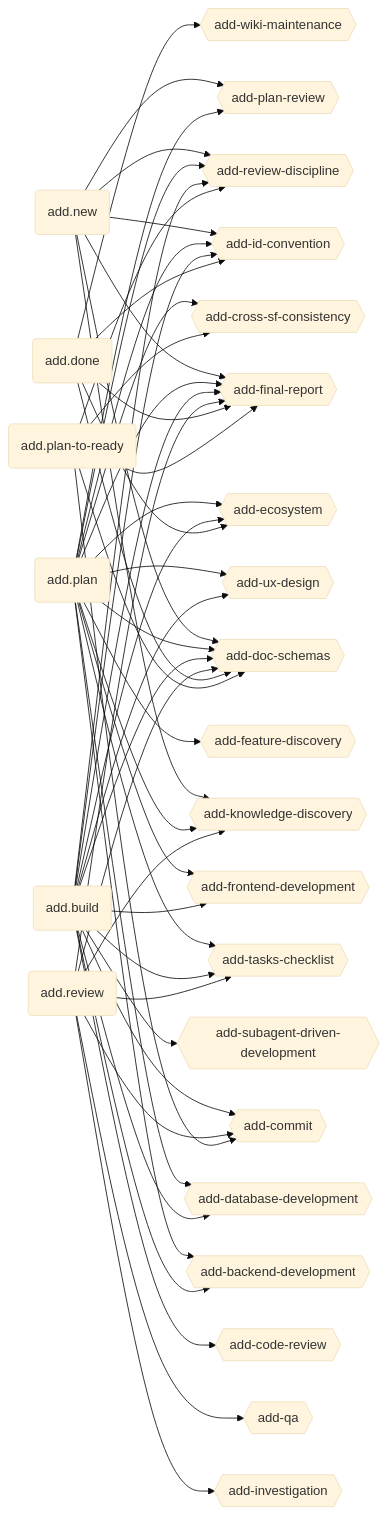
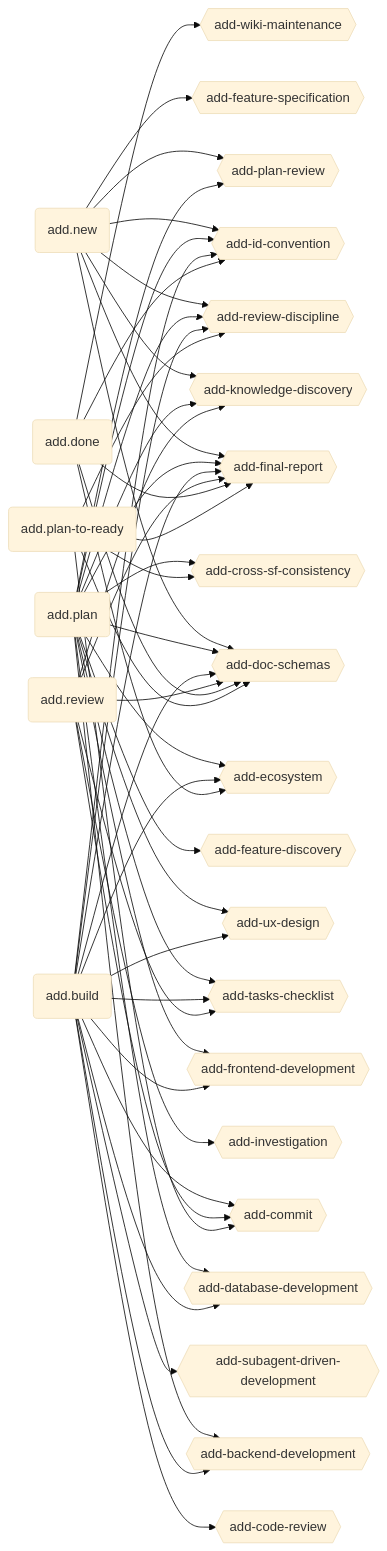
One commit to brabos-ai/code-addiction changed the first of 3 diagrams in ecosystem.md. Above: the diagram before and after it, drawn with Mermaid (base theme). The commit also changed other lines of this file and 5 other files, not shown here.

````diff
--- a/ecosystem.md
+++ b/ecosystem.md
@@ -8,37 +8,37 @@
 ```mermaid
 graph LR
   NEW(add.new)
   PLAN(add.plan)
   BUILD(add.build)
   REVIEW(add.review)
   DONE(add.done)
   PLANTOREADY(add.plan-to-ready)
 
   BADE{{add-backend-development}}
   CORE{{add-code-review}}
   CO{{add-commit}}
   CSC{{add-cross-sf-consistency}}
   DADE{{add-database-development}}
   DOSC{{add-doc-schemas}}
   EC{{add-ecosystem}}
   FEDI{{add-feature-discovery}}
+  FESP{{add-feature-specification}}
   FINR{{add-final-report}}
   FRDE{{add-frontend-development}}
   IDCO{{add-id-convention}}
   IN{{add-investigation}}
   KNDI{{add-knowledge-discovery}}
   PRV{{add-plan-review}}
-  QA{{add-qa}}
   RVDI{{add-review-discipline}}
   SDDA{{add-subagent-driven-development}}
   TACH{{add-tasks-checklist}}
   UXDE{{add-ux-design}}
   WIMA{{add-wiki-maintenance}}
 
-  NEW --> DOSC & FINR & IDCO & KNDI & PRV & RVDI
+  NEW --> DOSC & FESP & FINR & IDCO & KNDI & PRV & RVDI
   PLAN --> BADE & CSC & DADE & DOSC & EC & FEDI & FINR & FRDE & IDCO & KNDI & PRV & RVDI & TACH & UXDE
   BUILD --> BADE & CORE & CO & DADE & DOSC & EC & FINR & FRDE & IDCO & RVDI & SDDA & TACH & UXDE
-  REVIEW --> CO & DOSC & FINR & IN & KNDI & QA & TACH
+  REVIEW --> CO & DOSC & FINR & IN & KNDI & TACH
   DONE --> DOSC & EC & FINR & IDCO & WIMA
   PLANTOREADY --> CO & CSC & DOSC & FINR & RVDI
 ```
````
